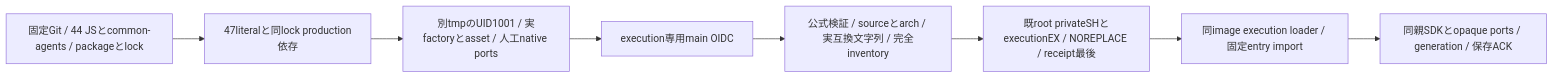
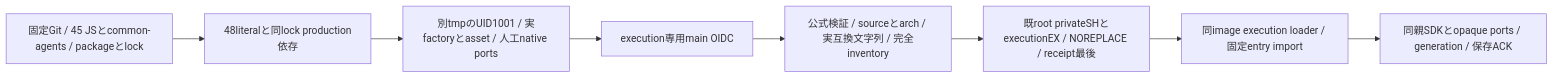
The first of 2 diagrams in docs/architecture/modules/distribution/execution-artifact.md (kitepon/BellTeam), drawn with Mermaid before and after one commit. The commit also changed other lines of this file and 2 other files, not shown here.

Commit message:
fix(distribution): include automatic configuration in execution closure

````diff
--- a/docs/architecture/modules/distribution/execution-artifact.md
+++ b/docs/architecture/modules/distribution/execution-artifact.md
@@ -5,10 +5,10 @@
 ```mermaid
 flowchart LR
-  Source[固定Git / 44 JSとcommon-agents / packageとlock] --> Package[47literalと同lock production依存]
+  Source[固定Git / 45 JSとcommon-agents / packageとlock] --> Package[48literalと同lock production依存]
   Package --> Probe[別tmpのUID1001 / 実factoryとasset / 人工native ports]
   Probe --> Sign[execution専用main OIDC]
   Sign --> Verify[公式検証 / sourceとarch / 実互換文字列 / 完全inventory]
   Verify --> Install[既root privateSHとexecutionEX / NOREPLACE / receipt最後]
   Install --> Loader[同image execution loader / 固定entry import]
   Loader --> Host[同親SDKとopaque ports / generation / 保存ACK]
 ```
````
